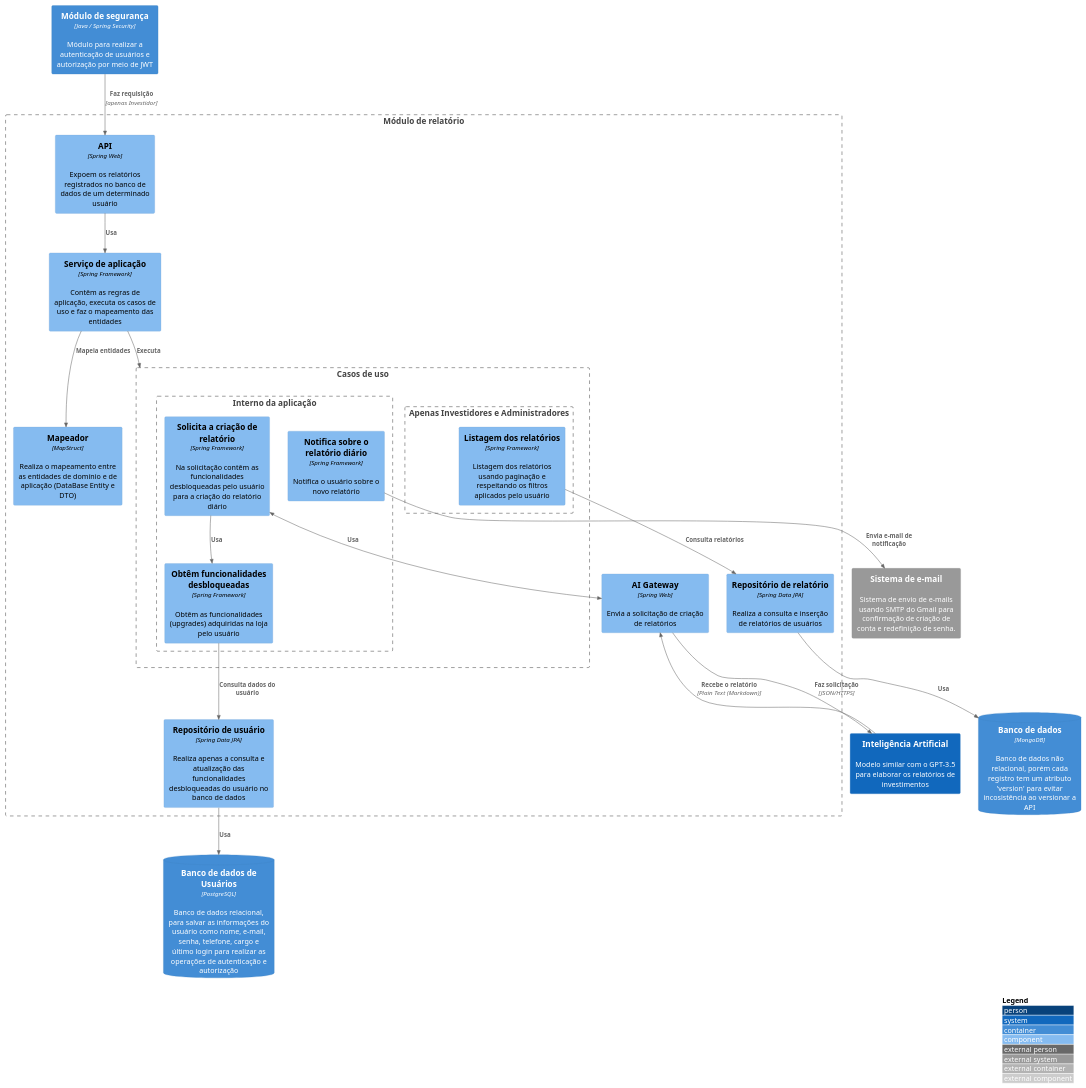
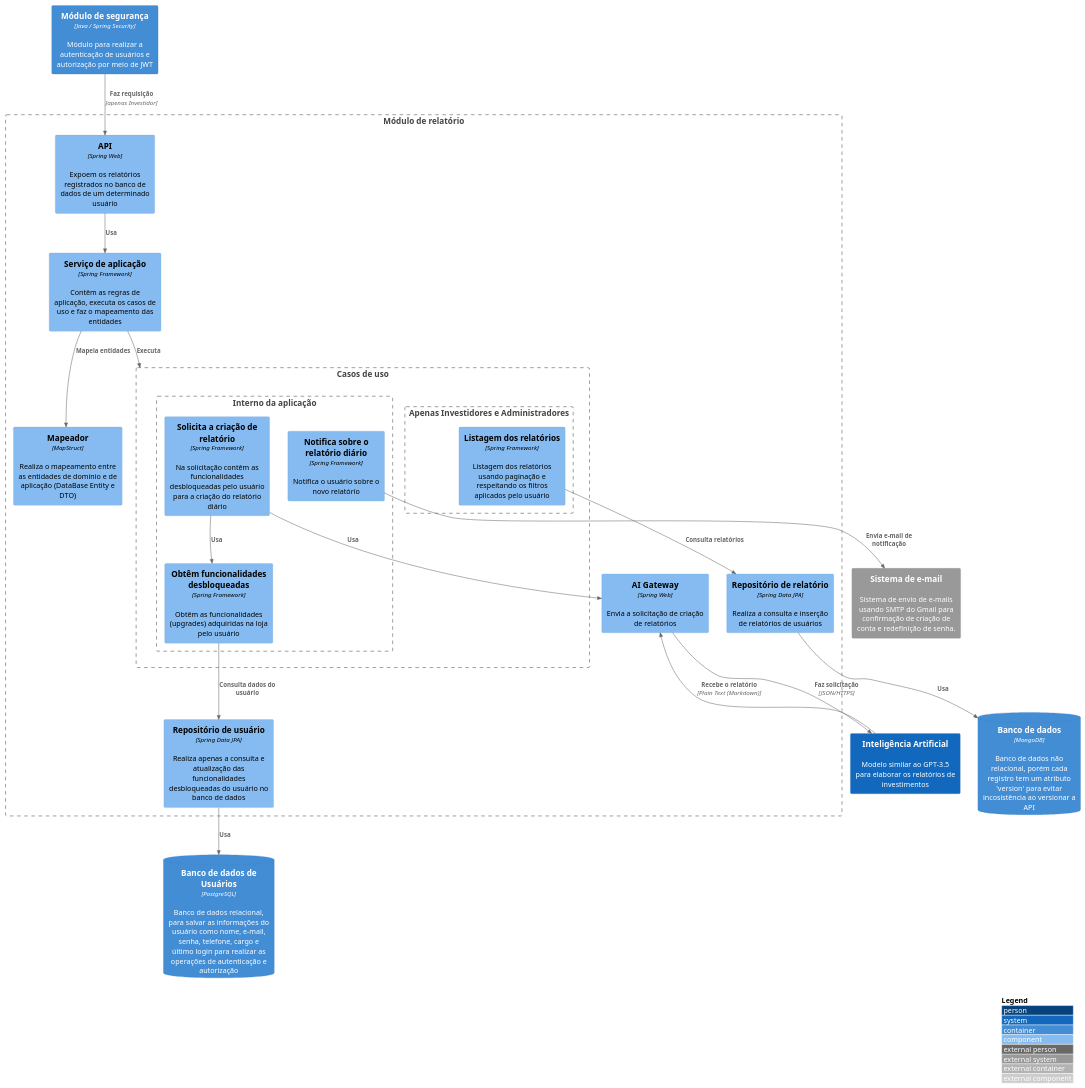
One commit to Open-3A/3A-c4-model changed the diagram in C3 Components/Back-end/Módulo de relatório/report_module.puml. Above: the diagram before and after it, drawn with PlantUML. The commit also changed 8 other files, not shown here.

Commit message:
refactor: grammar correction and diagrams hot fix

```diff
--- a/C3 Components/Back-end/Módulo de relatório/report_module.puml
+++ b/C3 Components/Back-end/Módulo de relatório/report_module.puml
@@ -1,50 +1,50 @@
 @startuml Report Module
 
 !include https://raw.githubusercontent.com/adrianvlupu/C4-PlantUML/latest/C4_Component.puml
 
 LAYOUT_WITH_LEGEND()
 
-System(ai, "Inteligência Artificial", "Modelo similar com o GPT-3.5 para elaborar os relatórios de investimentos")
+System(ai, "Inteligência Artificial", "Modelo similar ao GPT-3.5 para elaborar os relatórios de investimentos")
 System_Ext(mail, "Sistema de e-mail", "Sistema de envio de e-mails usando SMTP do Gmail para confirmação de criação de conta e redefinição de senha.")
 
 Container(security_module, "Módulo de segurança", "Java / Spring Security", "Módulo para realizar a autenticação de usuários e autorização por meio de JWT")
 
 Boundary(report_module, "Módulo de relatório"){
   Component(report_api, "API", "Spring Web", "Expoem os relatórios registrados no banco de dados de um determinado usuário")
   Component(report_service, "Serviço de aplicação", "Spring Framework", "Contêm as regras de aplicação, executa os casos de uso e faz o mapeamento das entidades")
   Component(report_mapper, "Mapeador", "MapStruct", "Realiza o mapeamento entre as entidades de domínio e de aplicação (DataBase Entity e DTO)")
   Component(report_gateway, "AI Gateway", "Spring Web", "Envia a solicitação de criação de relatórios")
 
   Boundary(report_use_cases, "Casos de uso"){
     Boundary(internal, "Interno da aplicação"){
       Component(request_report_creation_use_case, "Solicita a criação de relatório", "Spring Framework", "Na solicitação contêm as funcionalidades desbloqueadas pelo usuário para a criação do relatório diário")
       Component(notify_daily_report, "Notifica sobre o relatório diário", "Spring Framework", "Notifica o usuário sobre o novo relatório")
       Component(get_unlocked_features_use_case, "Obtêm funcionalidades desbloqueadas", "Spring Framework", "Obtêm as funcionalidades (upgrades) adquiridas na loja pelo usuário")
     }
     Boundary(only_admin_investor, "Apenas Investidores e Administradores"){
       Component(list_reports_use_case, "Listagem dos relatórios", "Spring Framework", "Listagem dos relatórios usando paginação e respeitando os filtros aplicados pelo usuário")
     }
   }
 
   Component(report_repository, "Repositório de relatório", "Spring Data JPA", "Realiza a consulta e inserção de relatórios de usuários")
   Component(user_repository, "Repositório de usuário", "Spring Data JPA", "Realiza apenas a consulta e atualização das funcionalidades desbloqueadas do usuário no banco de dados")
 }
 
 ContainerDb(db, "Banco de dados", "MongoDB", "Banco de dados não relacional, porém cada registro tem um atributo 'version' para evitar incosistência ao versionar a API")
 ContainerDb(user_db, "Banco de dados de Usuários", "PostgreSQL", "Banco de dados relacional, para salvar as informações do usuário como nome, e-mail, senha, telefone, cargo e último login para realizar as operações de autenticação e autorização")
 
 Rel(security_module, report_api, "Faz requisição", "apenas Investidor")
 Rel(report_api, report_service, "Usa")
 Rel(report_service, report_use_cases, "Executa")
 Rel(report_service, report_mapper, "Mapeia entidades")
-BiRel(request_report_creation_use_case, report_gateway, "Usa")
+Rel(request_report_creation_use_case, report_gateway, "Usa")
 Rel(report_gateway, ai, "Faz solicitação", "JSON/HTTPS")
 Rel(ai, report_gateway, "Recebe o relatório", "Plain Text (Markdown)")
 Rel(report_repository, db, "Usa")
 Rel(request_report_creation_use_case, get_unlocked_features_use_case, "Usa")
 Rel(get_unlocked_features_use_case, user_repository, "Consulta dados do usuário")
 Rel(user_repository, user_db, "Usa")
 Rel(notify_daily_report, mail, "Envia e-mail de notificação")
 Rel(list_reports_use_case, report_repository, "Consulta relatórios")
 
 @enduml
```
